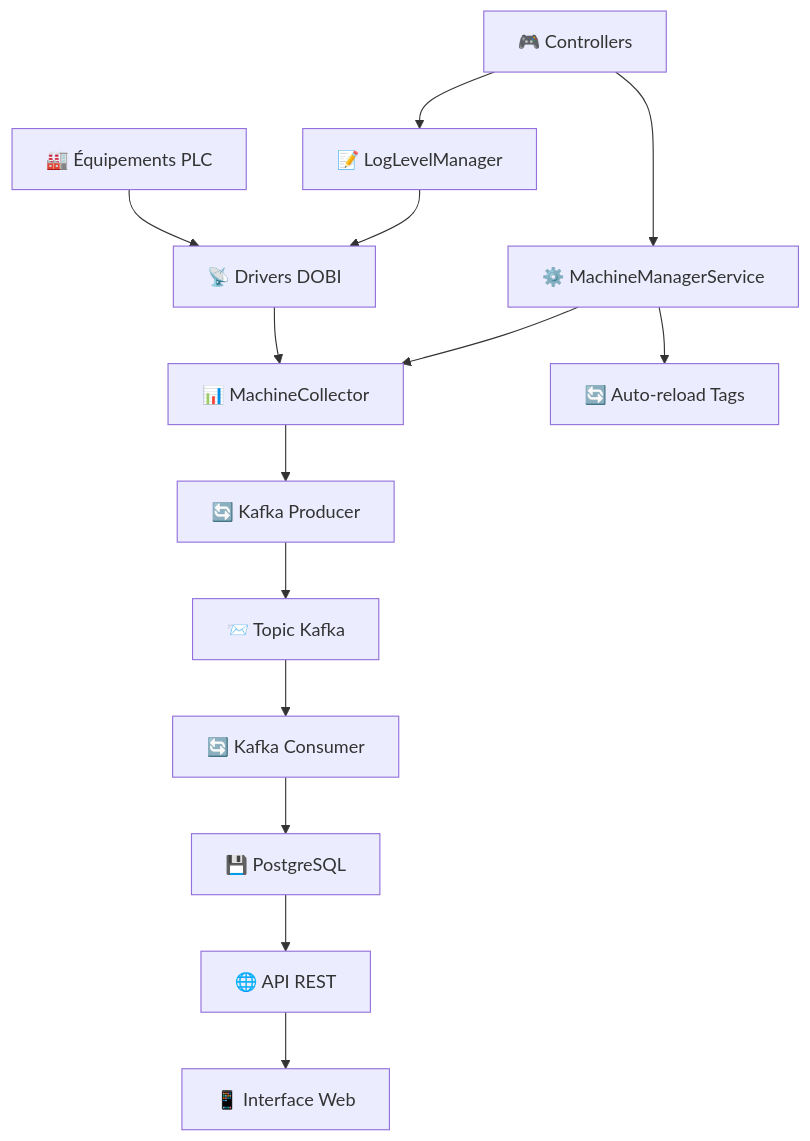
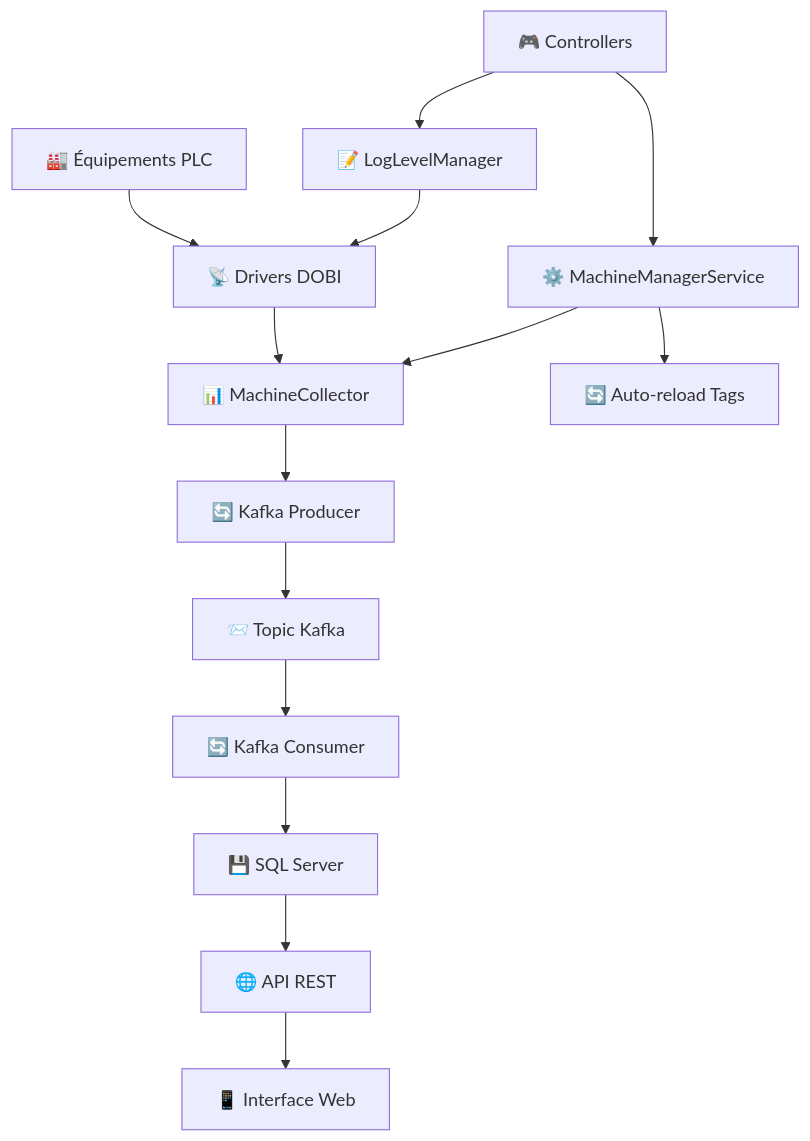
Before and after one commit to obiorg/DOBI: the first of 3 diagrams in readme.md, drawn with Mermaid. The commit also changed other lines of this file and 2 other files, not shown here.

````diff
--- a/readme.md
+++ b/readme.md
@@ -52,18 +52,18 @@
 ```mermaid
 graph TB
     A[🏭 Équipements PLC] --> B[📡 Drivers DOBI]
     B --> C[📊 MachineCollector]
     C --> D[🔄 Kafka Producer]
     D --> E[📨 Topic Kafka]
     E --> F[🔄 Kafka Consumer]
-    F --> G[💾 PostgreSQL]
+    F --> G[💾 SQL Server]
     G --> H[🌐 API REST]
     H --> I[📱 Interface Web]
     
     J[⚙️ MachineManagerService] --> C
     J --> K[🔄 Auto-reload Tags]
     
     L[📝 LogLevelManager] --> B
     M[🎮 Controllers] --> J
     M --> L
 ```
````
